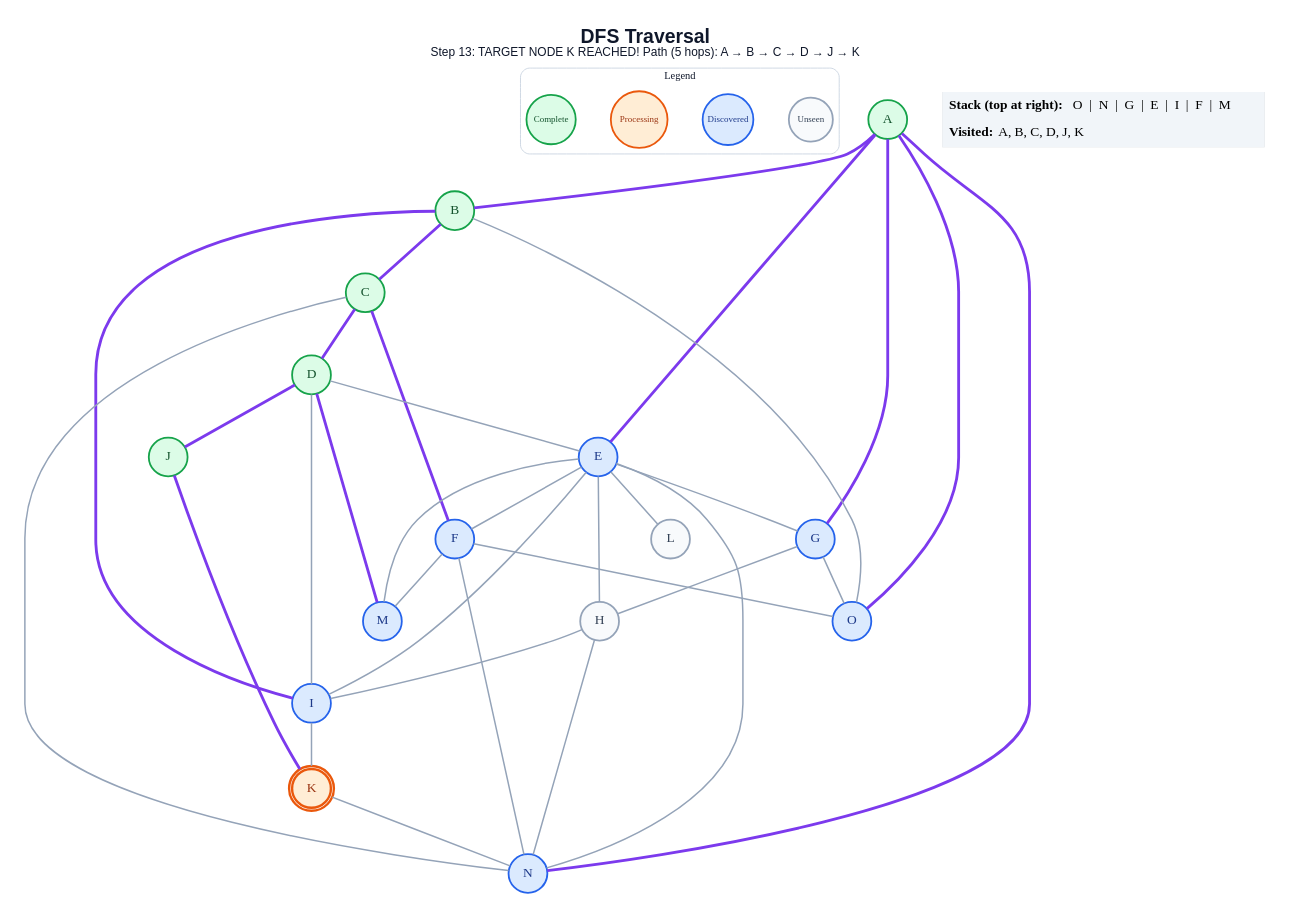
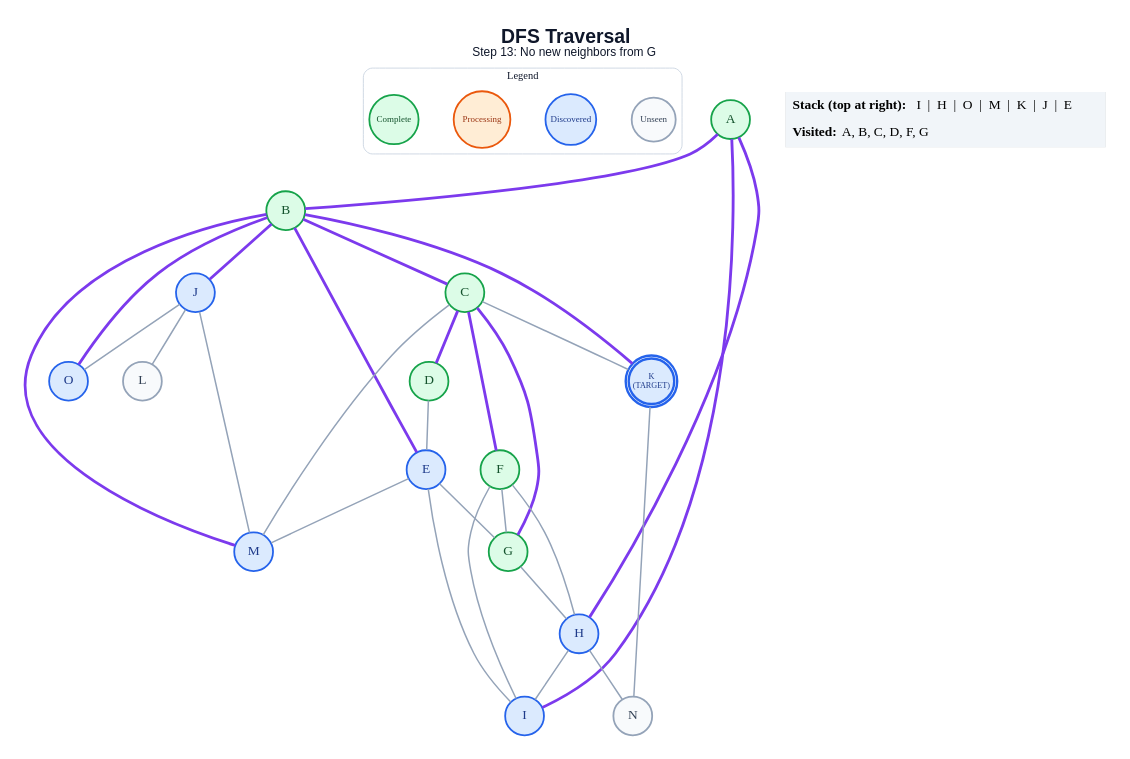
The diagram in generated/specific-node/dfs/step_13.dot (anon7238593-create/ai-slop), drawn with Graphviz before and after one commit. The commit also changed 273 other files, not shown here.

```diff
--- a/generated/specific-node/dfs/step_13.dot
+++ b/generated/specific-node/dfs/step_13.dot
@@ -1,66 +1,62 @@
 graph traversal {
   graph [layout=dot, rankdir=TB, bgcolor="#FFFFFF", pad="0.35", nodesep="0.65", ranksep="0.8", fontname="Arial"];
   node [shape=circle, style="filled", fontname="Arial Bold", fontsize=18, width=0.72, fixedsize=true, penwidth=2.4];
   edge [color="#94A3B8", penwidth=2.0];
-  label=<<B>DFS Traversal</B><BR/><FONT POINT-SIZE="16">Step 13: TARGET NODE K REACHED! Path (5 hops): A → B → C → D → J → K</FONT>>; labelloc="t"; fontsize=26; fontname="Arial"; fontcolor="#0F172A";
+  label=<<B>DFS Traversal</B><BR/><FONT POINT-SIZE="16">Step 13: No new neighbors from G</FONT>>; labelloc="t"; fontsize=26; fontname="Arial"; fontcolor="#0F172A";
   subgraph cluster_legend { label="Legend"; color="#CBD5E1"; penwidth=1.2; style="rounded"; fontsize=14; fontname="Arial Bold";
     key_unseen [label="Unseen", fillcolor="#F8FAFC", color="#94A3B8", fontcolor="#334155", fontsize=12, width=0.82];
     key_frontier [label="Discovered", fillcolor="#DBEAFE", color="#2563EB", fontcolor="#1E3A8A", fontsize=12, width=0.95];
     key_current [label="Processing", fillcolor="#FFEDD5", color="#EA580C", fontcolor="#9A3412", fontsize=12, width=1.05];
     key_done [label="Complete", fillcolor="#DCFCE7", color="#16A34A", fontcolor="#14532D", fontsize=12, width=0.92];
     { rank=same; key_unseen; key_frontier; key_current; key_done; }
   }
   A [label="A", fillcolor="#DCFCE7", color="#16A34A", fontcolor="#14532D", peripheries=1, penwidth=2.4];
   B [label="B", fillcolor="#DCFCE7", color="#16A34A", fontcolor="#14532D", peripheries=1, penwidth=2.4];
   C [label="C", fillcolor="#DCFCE7", color="#16A34A", fontcolor="#14532D", peripheries=1, penwidth=2.4];
   D [label="D", fillcolor="#DCFCE7", color="#16A34A", fontcolor="#14532D", peripheries=1, penwidth=2.4];
   E [label="E", fillcolor="#DBEAFE", color="#2563EB", fontcolor="#1E3A8A", peripheries=1, penwidth=2.4];
-  F [label="F", fillcolor="#DBEAFE", color="#2563EB", fontcolor="#1E3A8A", peripheries=1, penwidth=2.4];
-  G [label="G", fillcolor="#DBEAFE", color="#2563EB", fontcolor="#1E3A8A", peripheries=1, penwidth=2.4];
-  H [label="H", fillcolor="#F8FAFC", color="#94A3B8", fontcolor="#334155", peripheries=1, penwidth=2.4];
+  F [label="F", fillcolor="#DCFCE7", color="#16A34A", fontcolor="#14532D", peripheries=1, penwidth=2.4];
+  G [label="G", fillcolor="#DCFCE7", color="#16A34A", fontcolor="#14532D", peripheries=1, penwidth=2.4];
+  H [label="H", fillcolor="#DBEAFE", color="#2563EB", fontcolor="#1E3A8A", peripheries=1, penwidth=2.4];
   I [label="I", fillcolor="#DBEAFE", color="#2563EB", fontcolor="#1E3A8A", peripheries=1, penwidth=2.4];
-  J [label="J", fillcolor="#DCFCE7", color="#16A34A", fontcolor="#14532D", peripheries=1, penwidth=2.4];
-  K [label="K", fillcolor="#FFEDD5", color="#EA580C", fontcolor="#9A3412", peripheries=2, penwidth=3.2];
+  J [label="J", fillcolor="#DBEAFE", color="#2563EB", fontcolor="#1E3A8A", peripheries=1, penwidth=2.4];
+  K [label="K\n(TARGET)", fillcolor="#DBEAFE", color="#2563EB", fontcolor="#1E3A8A", peripheries=2, penwidth=3.2, fontsize=11, width=0.85, height=0.85];
   L [label="L", fillcolor="#F8FAFC", color="#94A3B8", fontcolor="#334155", peripheries=1, penwidth=2.4];
   M [label="M", fillcolor="#DBEAFE", color="#2563EB", fontcolor="#1E3A8A", peripheries=1, penwidth=2.4];
-  N [label="N", fillcolor="#DBEAFE", color="#2563EB", fontcolor="#1E3A8A", peripheries=1, penwidth=2.4];
+  N [label="N", fillcolor="#F8FAFC", color="#94A3B8", fontcolor="#334155", peripheries=1, penwidth=2.4];
   O [label="O", fillcolor="#DBEAFE", color="#2563EB", fontcolor="#1E3A8A", peripheries=1, penwidth=2.4];
   A -- B [color="#7C3AED", penwidth=3.8];
-  A -- E [color="#7C3AED", penwidth=3.8];
-  A -- G [color="#7C3AED", penwidth=3.8];
-  A -- N [color="#7C3AED", penwidth=3.8];
-  A -- O [color="#7C3AED", penwidth=3.8];
+  A -- H [color="#7C3AED", penwidth=3.8];
+  A -- I [color="#7C3AED", penwidth=3.8];
   B -- C [color="#7C3AED", penwidth=3.8];
-  B -- I [color="#7C3AED", penwidth=3.8];
-  B -- O;
+  B -- E [color="#7C3AED", penwidth=3.8];
+  B -- J [color="#7C3AED", penwidth=3.8];
+  B -- K [color="#7C3AED", penwidth=3.8];
+  B -- M [color="#7C3AED", penwidth=3.8];
+  B -- O [color="#7C3AED", penwidth=3.8];
   C -- D [color="#7C3AED", penwidth=3.8];
   C -- F [color="#7C3AED", penwidth=3.8];
-  C -- N;
+  C -- G [color="#7C3AED", penwidth=3.8];
+  C -- K;
+  C -- M;
   D -- E;
-  D -- I;
-  D -- J [color="#7C3AED", penwidth=3.8];
-  D -- M [color="#7C3AED", penwidth=3.8];
-  E -- F;
   E -- G;
-  E -- H;
   E -- I;
-  E -- L;
   E -- M;
-  E -- N;
-  F -- M;
-  F -- N;
-  F -- O;
+  F -- G;
+  F -- H;
+  F -- I;
   G -- H;
-  G -- O;
   H -- I;
   H -- N;
-  I -- K;
-  J -- K [color="#7C3AED", penwidth=3.8];
+  J -- L;
+  J -- M;
+  J -- O;
   K -- N;
   status [shape=plain, fixedsize=false, width=0, height=0, margin=0, label=<
     <TABLE BORDER="0" CELLBORDER="0" CELLPADDING="7" BGCOLOR="#F1F5F9">
-      <TR><TD ALIGN="LEFT"><B>Stack (top at right):</B> O  |  N  |  G  |  E  |  I  |  F  |  M</TD></TR>
-      <TR><TD ALIGN="LEFT"><B>Visited:</B> A, B, C, D, J, K</TD></TR>
+      <TR><TD ALIGN="LEFT"><B>Stack (top at right):</B> I  |  H  |  O  |  M  |  K  |  J  |  E</TD></TR>
+      <TR><TD ALIGN="LEFT"><B>Visited:</B> A, B, C, D, F, G</TD></TR>
     </TABLE>
   >];
 }
```
